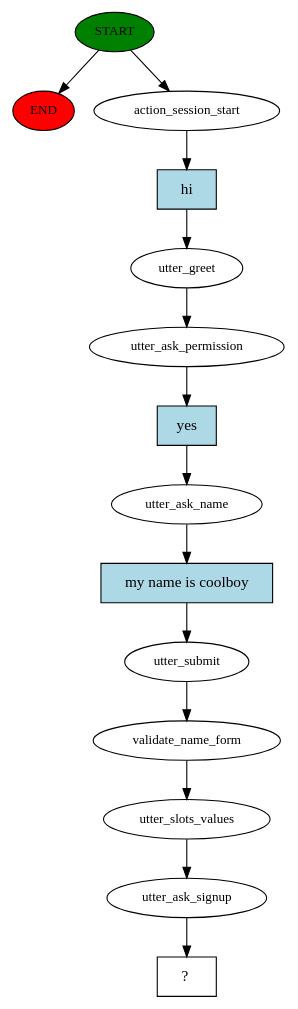
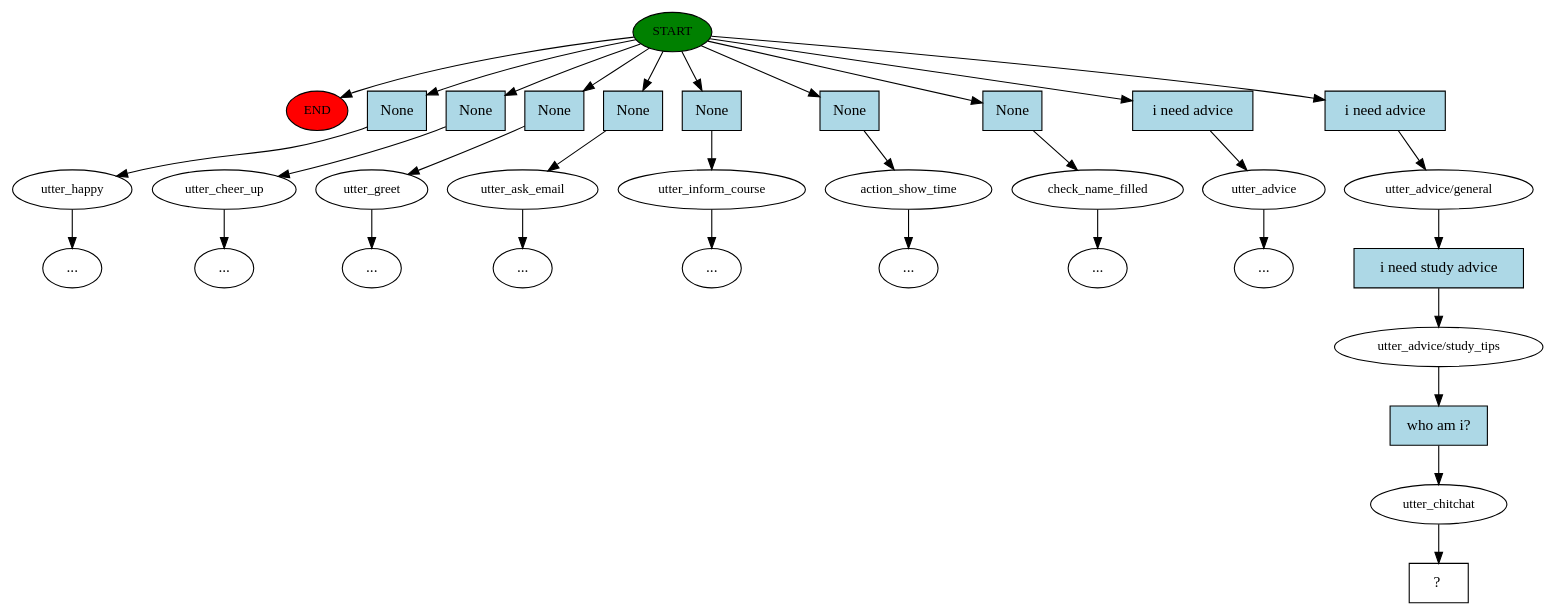
The diagram in story_graph.dot (bg5fxp-JF/rasa_project_OIcoach), drawn with Graphviz before and after one commit. The commit also changed 7 other files, not shown here.

Commit message:
Adding features from dialog flow

```diff
--- a/story_graph.dot
+++ b/story_graph.dot
@@ -1,29 +1,67 @@
 digraph  {
 0 [class="start active", fillcolor=green, fontsize=12, label=START, style=filled];
 "-1" [class=end, fillcolor=red, fontsize=12, label=END, style=filled];
-1 [class=active, fontsize=12, label=action_session_start];
-2 [class=active, fontsize=12, label=utter_greet];
-3 [class=active, fontsize=12, label=utter_ask_permission];
-4 [class=active, fontsize=12, label=utter_ask_name];
-5 [class=active, fontsize=12, label=utter_submit];
-6 [class=active, fontsize=12, label=validate_name_form];
-7 [class=active, fontsize=12, label=utter_slots_values];
-8 [class=active, fontsize=12, label=utter_ask_signup];
-9 [class="intent dashed active", label="  ?  ", shape=rect];
-10 [class="intent active", fillcolor=lightblue, label=hi, shape=rect, style=filled];
-11 [class="intent active", fillcolor=lightblue, label=yes, shape=rect, style=filled];
-12 [class="intent active", fillcolor=lightblue, label="my name is coolboy", shape=rect, style=filled];
+1 [class="", fontsize=12, label=utter_happy];
+"-3" [class=ellipsis, label="..."];
+2 [class="", fontsize=12, label=utter_cheer_up];
+"-5" [class=ellipsis, label="..."];
+4 [class="", fontsize=12, label=utter_greet];
+5 [class="", fontsize=12, label=utter_ask_email];
+"-7" [class=ellipsis, label="..."];
+6 [class="", fontsize=12, label=utter_inform_course];
+"-8" [class=ellipsis, label="..."];
+8 [class="", fontsize=12, label=action_show_time];
+"-10" [class=ellipsis, label="..."];
+10 [class="", fontsize=12, label=check_name_filled];
+"-14" [class=ellipsis, label="..."];
+"-15" [class=ellipsis, label="..."];
+14 [class="", fontsize=12, label=utter_advice];
+"-16" [class=ellipsis, label="..."];
+15 [class=active, fontsize=12, label="utter_advice/general"];
+16 [class=active, fontsize=12, label="utter_advice/study_tips"];
+17 [class=active, fontsize=12, label=utter_chitchat];
+18 [class="intent dashed active", label="  ?  ", shape=rect];
+19 [class=intent, fillcolor=lightblue, label=None, shape=rect, style=filled];
+20 [class=intent, fillcolor=lightblue, label=None, shape=rect, style=filled];
+21 [class=intent, fillcolor=lightblue, label=None, shape=rect, style=filled];
+22 [class=intent, fillcolor=lightblue, label=None, shape=rect, style=filled];
+23 [class=intent, fillcolor=lightblue, label=None, shape=rect, style=filled];
+24 [class=intent, fillcolor=lightblue, label=None, shape=rect, style=filled];
+25 [class=intent, fillcolor=lightblue, label=None, shape=rect, style=filled];
+26 [class=intent, fillcolor=lightblue, label="i need advice", shape=rect, style=filled];
+27 [class="intent active", fillcolor=lightblue, label="i need advice", shape=rect, style=filled];
+28 [class="intent active", fillcolor=lightblue, label="i need study advice", shape=rect, style=filled];
+29 [class="intent active", fillcolor=lightblue, label="who am i?", shape=rect, style=filled];
 0 -> "-1"  [class="", key=NONE, label=""];
-0 -> 1  [class=active, key=NONE, label=""];
-1 -> 10  [class=active, key=0];
-2 -> 3  [class=active, key=NONE, label=""];
-3 -> 11  [class=active, key=0];
-4 -> 12  [class=active, key=0];
-5 -> 6  [class=active, key=NONE, label=""];
-6 -> 7  [class=active, key=NONE, label=""];
-7 -> 8  [class=active, key=NONE, label=""];
-8 -> 9  [class=active, key=NONE, label=""];
-10 -> 2  [class=active, key=0];
-11 -> 4  [class=active, key=0];
-12 -> 5  [class=active, key=0];
+0 -> 19  [class="", key=0];
+0 -> 20  [class="", key=0];
+0 -> 21  [class="", key=0];
+0 -> 22  [class="", key=0];
+0 -> 23  [class="", key=0];
+0 -> 24  [class="", key=0];
+0 -> 25  [class="", key=0];
+0 -> 26  [class="", key=0];
+0 -> 27  [class=active, key=0];
+1 -> "-3"  [class="", key=NONE, label=""];
+2 -> "-5"  [class="", key=NONE, label=""];
+4 -> "-15"  [class="", key=NONE, label=""];
+5 -> "-7"  [class="", key=NONE, label=""];
+6 -> "-8"  [class="", key=NONE, label=""];
+8 -> "-10"  [class="", key=NONE, label=""];
+10 -> "-14"  [class="", key=NONE, label=""];
+14 -> "-16"  [class="", key=NONE, label=""];
+15 -> 28  [class=active, key=0];
+16 -> 29  [class=active, key=0];
+17 -> 18  [class=active, key=NONE, label=""];
+19 -> 1  [class="", key=0];
+20 -> 2  [class="", key=0];
+21 -> 4  [class="", key=0];
+22 -> 5  [class="", key=0];
+23 -> 6  [class="", key=0];
+24 -> 8  [class="", key=0];
+25 -> 10  [class="", key=0];
+26 -> 14  [class="", key=0];
+27 -> 15  [class=active, key=0];
+28 -> 16  [class=active, key=0];
+29 -> 17  [class=active, key=0];
 }
```
